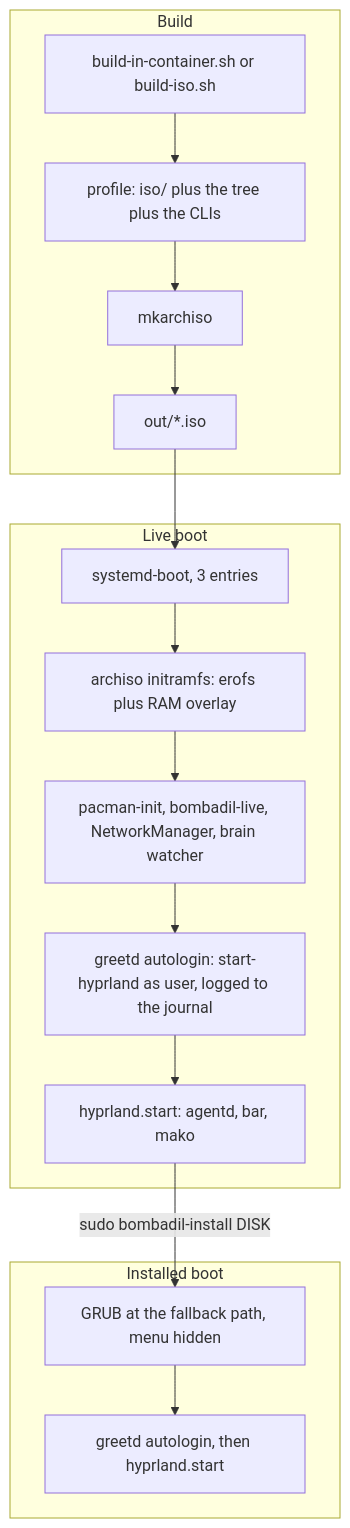
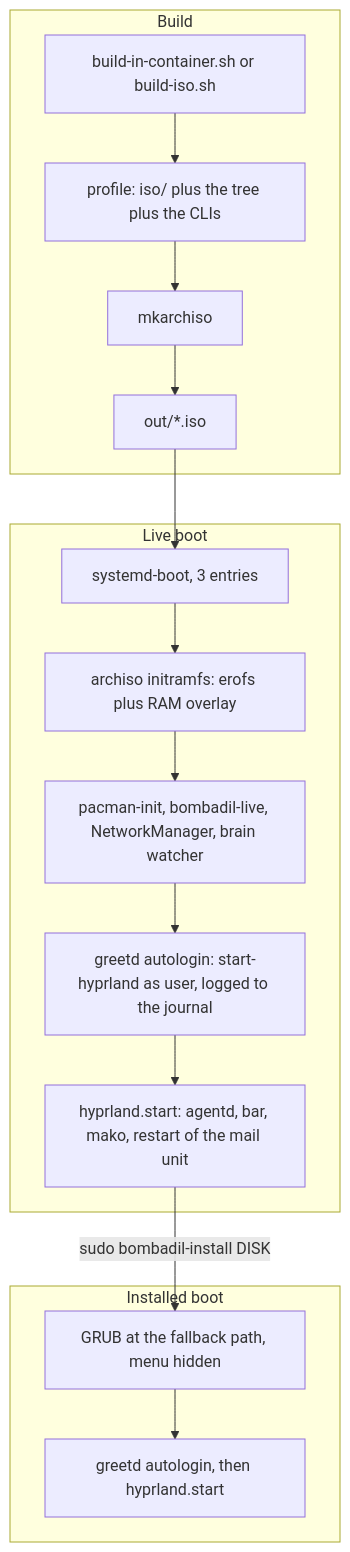
One commit to thedefaultman/Bombadil changed the first of 4 diagrams in docs/architecture/iso-and-install.md. Above: the diagram before and after it, drawn with Mermaid. The commit also changed other lines of this file and 10 other files, not shown here.

````diff
--- a/docs/architecture/iso-and-install.md
+++ b/docs/architecture/iso-and-install.md
@@ -20,19 +20,19 @@
 ```mermaid
 flowchart TB
     subgraph build["Build"]
         A["build-in-container.sh or build-iso.sh"] --> B["profile: iso/ plus the tree plus the CLIs"]
         B --> C["mkarchiso"]
         C --> D["out/*.iso"]
     end
     subgraph live["Live boot"]
         E["systemd-boot, 3 entries"] --> F["archiso initramfs: erofs plus RAM overlay"]
         F --> G["pacman-init, bombadil-live, NetworkManager, brain watcher"]
         G --> H["greetd autologin: start-hyprland as user, logged to the journal"]
-        H --> I["hyprland.start: agentd, bar, mako"]
+        H --> I["hyprland.start: agentd, bar, mako, restart of the mail unit"]
     end
     subgraph inst["Installed boot"]
         J["GRUB at the fallback path, menu hidden"] --> K["greetd autologin, then hyprland.start"]
     end
     D --> E
     I -->|"sudo bombadil-install DISK"| J
 ```
````
